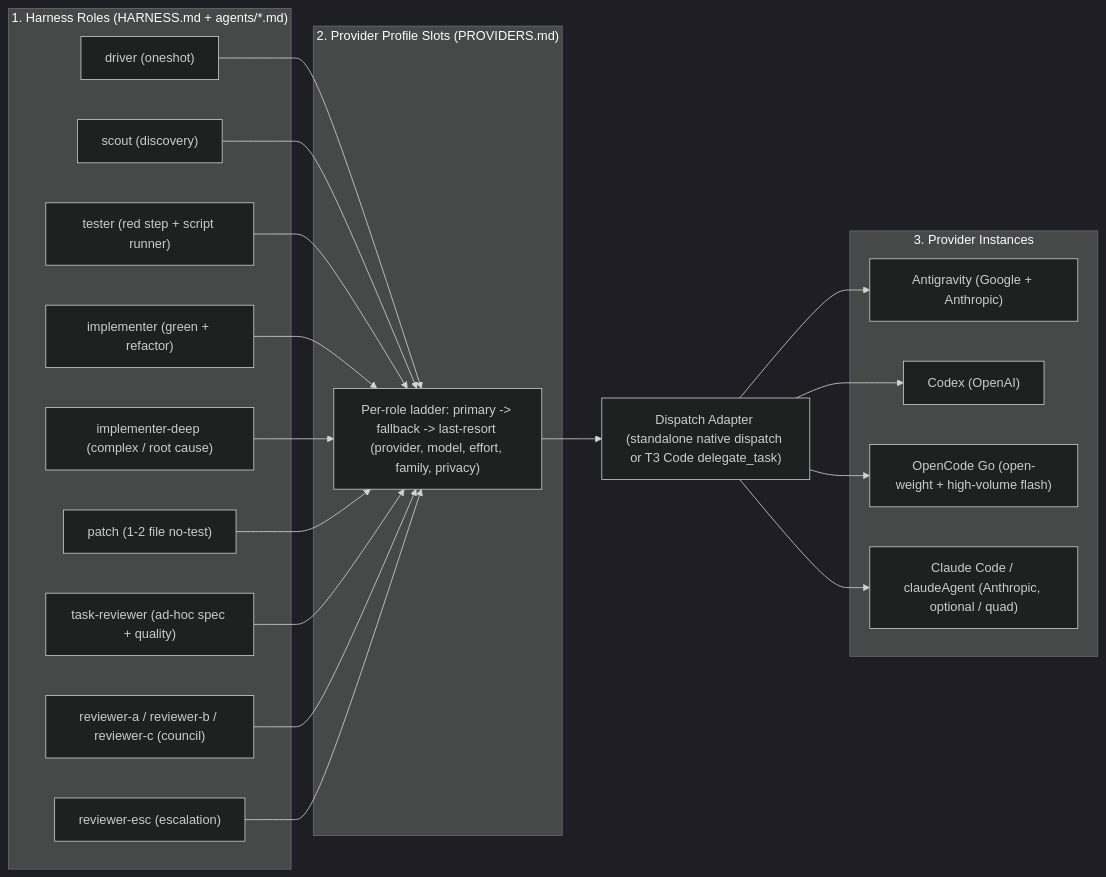
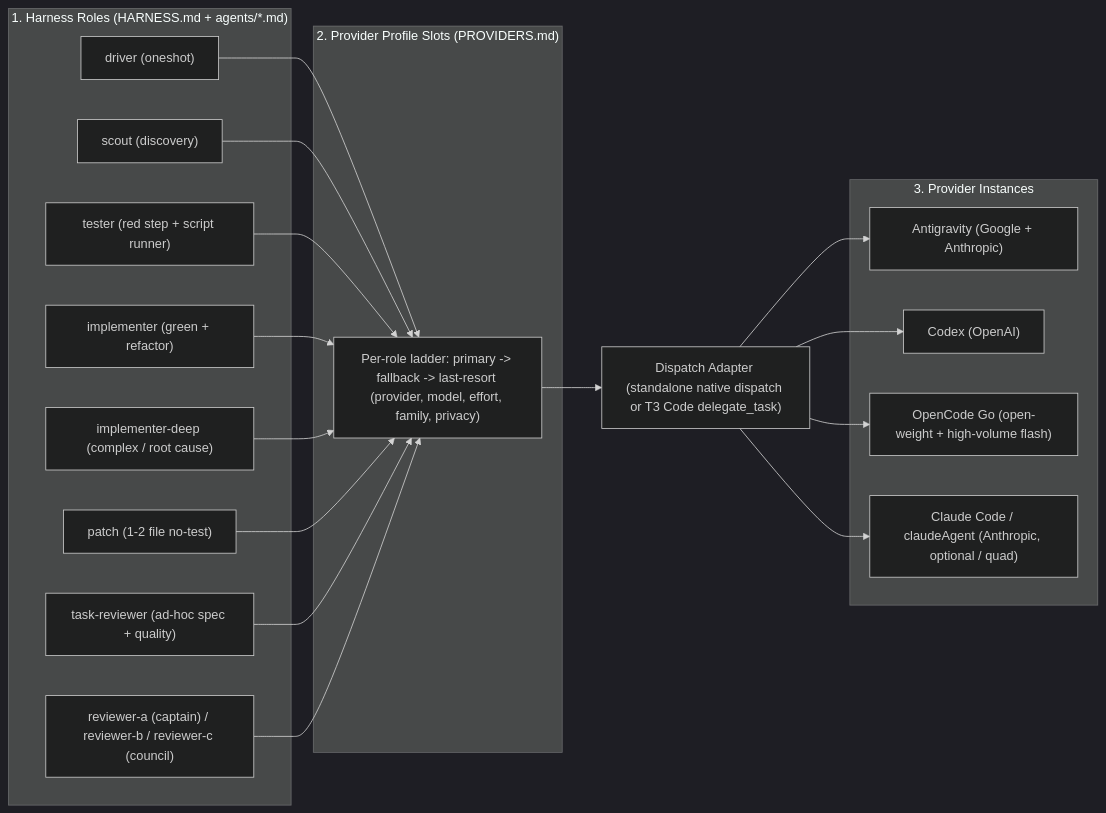
One commit to DennisLoska/skills changed the first of 3 diagrams in README.md. Above: the diagram before and after it, drawn with Mermaid (dark theme). The commit also changed other lines of this file and 22 other files, not shown here.

First line of the commit message:
feat: review captain council, Opus/Fable implementers, single-provider review, --pm backlog tracker (#19)

````diff
--- a/README.md
+++ b/README.md
@@ -127,42 +134,40 @@
 ```mermaid
 flowchart LR
   subgraph L1["1. Harness Roles (HARNESS.md + agents/*.md)"]
     R_DRV["driver (oneshot)"]
     R_SCT["scout (discovery)"]
     R_TST["tester (red step + script runner)"]
     R_IMP["implementer (green + refactor)"]
     R_IMD["implementer-deep (complex / root cause)"]
     R_PAT["patch (1-2 file no-test)"]
     R_TRV["task-reviewer (ad-hoc spec + quality)"]
-    R_CNC["reviewer-a / reviewer-b / reviewer-c (council)"]
-    R_ESC["reviewer-esc (escalation)"]
+    R_CNC["reviewer-a (captain) / reviewer-b / reviewer-c (council)"]
   end
 
   subgraph L2["2. Provider Profile Slots (PROVIDERS.md)"]
     SLOTS["Per-role ladder: primary -> fallback -> last-resort (provider, model, effort, family, privacy)"]
   end
 
   DA["Dispatch Adapter (standalone native dispatch or T3 Code delegate_task)"]
 
   subgraph L3["3. Provider Instances"]
     P_AG["Antigravity (Google + Anthropic)"]
     P_CX["Codex (OpenAI)"]
     P_GO["OpenCode Go (open-weight + high-volume flash)"]
     P_CC["Claude Code / claudeAgent (Anthropic, optional / quad)"]
   end
 
   R_DRV --> SLOTS
   R_SCT --> SLOTS
   R_TST --> SLOTS
   R_IMP --> SLOTS
   R_IMD --> SLOTS
   R_PAT --> SLOTS
   R_TRV --> SLOTS
   R_CNC --> SLOTS
-  R_ESC --> SLOTS
   SLOTS --> DA
   DA --> P_AG
   DA --> P_CX
   DA --> P_GO
   DA --> P_CC
 ```
````
